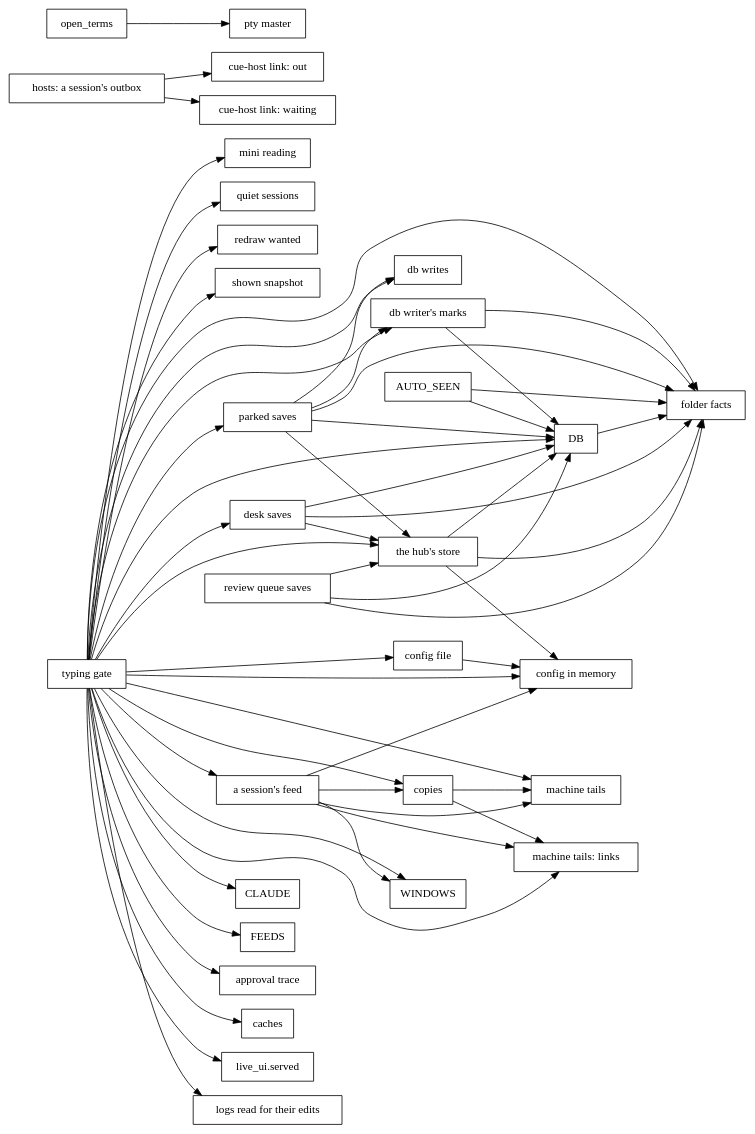
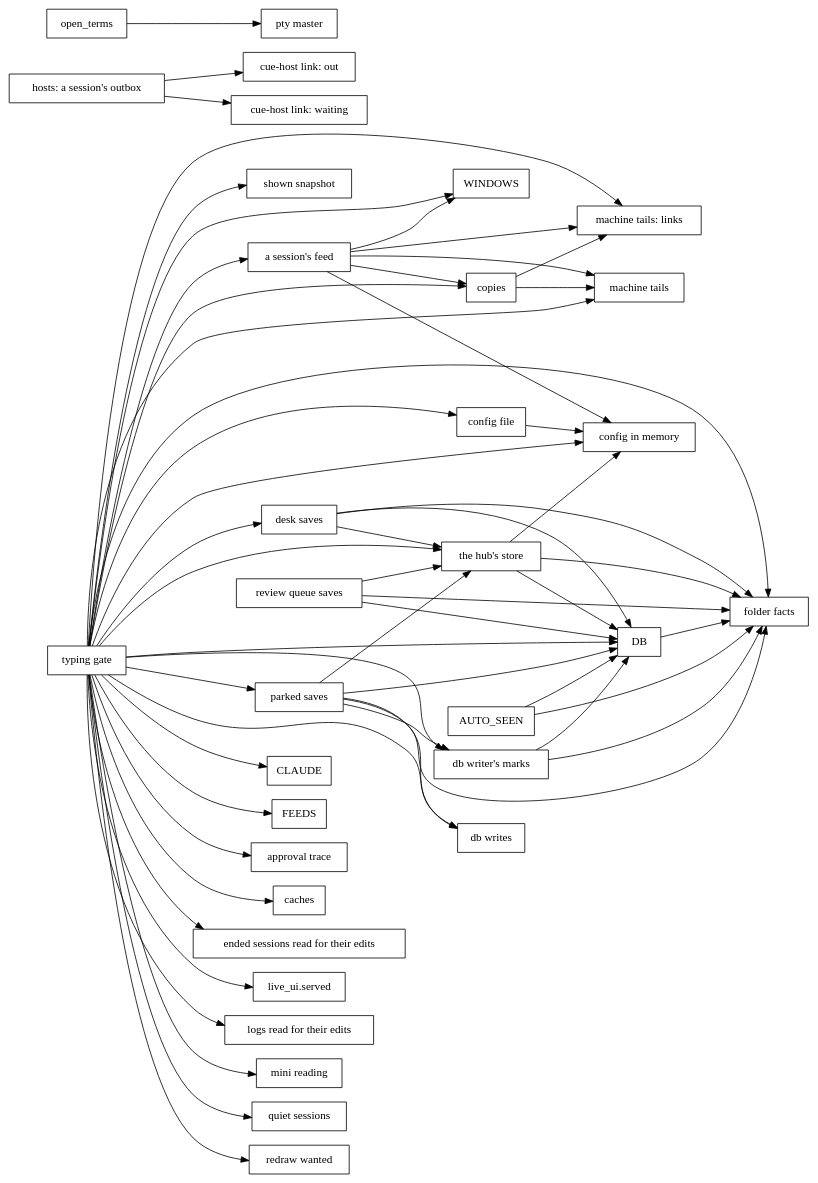
Before and after one commit to spacegrowth/cue: the diagram in docs/dev/lock-graph.dot, drawn with Graphviz. The commit also changed 15 other files, not shown here.

```diff
--- a/docs/dev/lock-graph.dot
+++ b/docs/dev/lock-graph.dot
@@ -1,59 +1,60 @@
 // Generated by `cargo run -p xtask -- inventory`; don't edit by hand.
 digraph locks {
   rankdir=LR;
   node [shape=box];
   "AUTO_SEEN" -> "DB";
   "AUTO_SEEN" -> "folder facts";
   "DB" -> "folder facts";
   "a session's feed" -> "WINDOWS";
   "a session's feed" -> "config in memory";
   "a session's feed" -> "copies";
   "a session's feed" -> "machine tails";
   "a session's feed" -> "machine tails: links";
   "config file" -> "config in memory";
   "copies" -> "machine tails";
   "copies" -> "machine tails: links";
   "db writer's marks" -> "DB";
   "db writer's marks" -> "folder facts";
   "desk saves" -> "DB";
   "desk saves" -> "folder facts";
   "desk saves" -> "the hub's store";
   "hosts: a session's outbox" -> "cue-host link: out";
   "hosts: a session's outbox" -> "cue-host link: waiting";
   "open_terms" -> "pty master";
   "parked saves" -> "DB";
   "parked saves" -> "db writer's marks";
   "parked saves" -> "db writes";
   "parked saves" -> "folder facts";
   "parked saves" -> "the hub's store";
   "review queue saves" -> "DB";
   "review queue saves" -> "folder facts";
   "review queue saves" -> "the hub's store";
   "the hub's store" -> "DB";
   "the hub's store" -> "config in memory";
   "the hub's store" -> "folder facts";
   "typing gate" -> "CLAUDE";
   "typing gate" -> "DB";
   "typing gate" -> "FEEDS";
   "typing gate" -> "WINDOWS";
   "typing gate" -> "a session's feed";
   "typing gate" -> "approval trace";
   "typing gate" -> "caches";
   "typing gate" -> "config file";
   "typing gate" -> "config in memory";
   "typing gate" -> "copies";
   "typing gate" -> "db writer's marks";
   "typing gate" -> "db writes";
   "typing gate" -> "desk saves";
+  "typing gate" -> "ended sessions read for their edits";
   "typing gate" -> "folder facts";
   "typing gate" -> "live_ui.served";
   "typing gate" -> "logs read for their edits";
   "typing gate" -> "machine tails";
   "typing gate" -> "machine tails: links";
   "typing gate" -> "mini reading";
   "typing gate" -> "parked saves";
   "typing gate" -> "quiet sessions";
   "typing gate" -> "redraw wanted";
   "typing gate" -> "shown snapshot";
   "typing gate" -> "the hub's store";
 }
```
